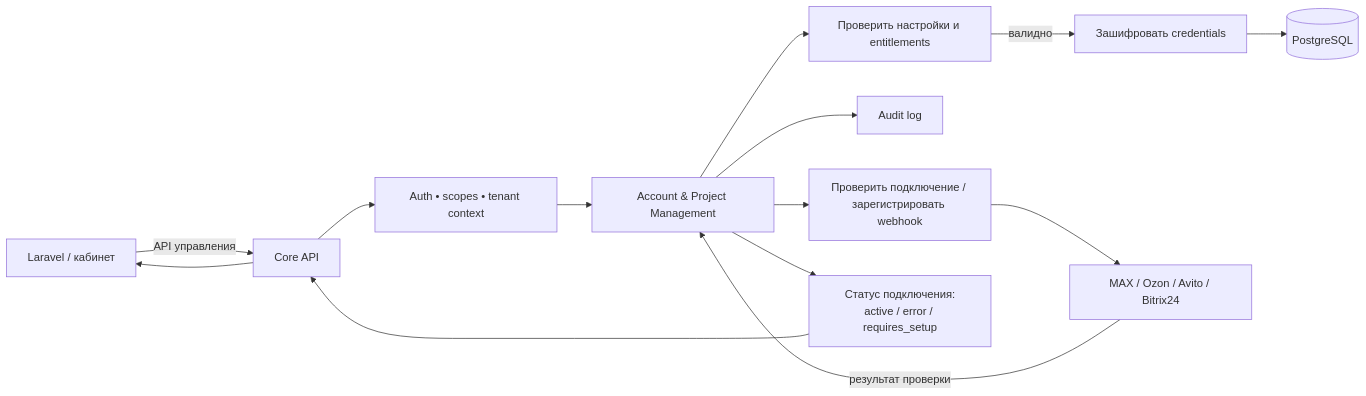
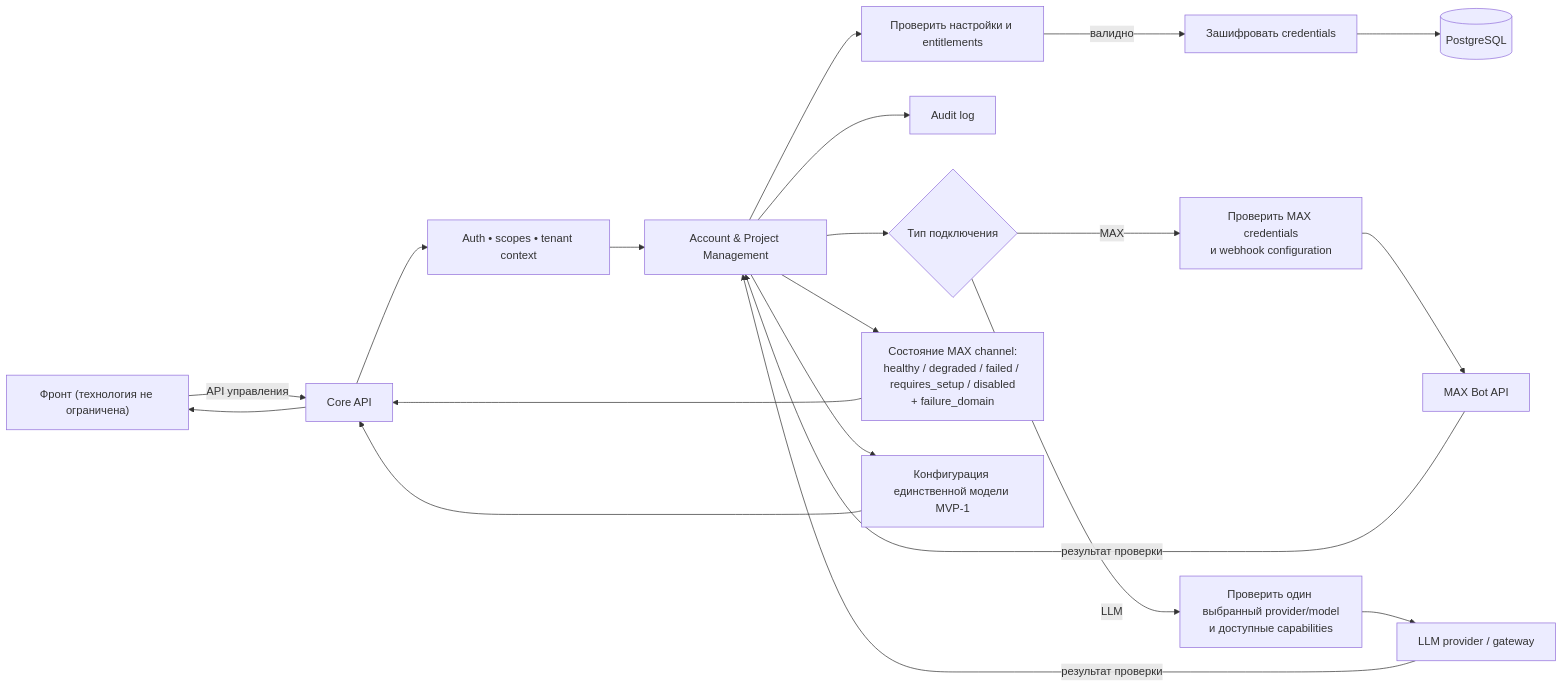
Before and after one commit to Maskit26/ai_manager: the fifth of 6 diagrams in docs/SERVICE_BLOCK_DIAGRAM.md, drawn with Mermaid. The commit also changed other lines of this file and 3 other files, not shown here.

````diff
--- a/docs/SERVICE_BLOCK_DIAGRAM.md
+++ b/docs/SERVICE_BLOCK_DIAGRAM.md
@@ -265,16 +272,22 @@
 ```mermaid
 flowchart LR
-    Admin["Laravel / кабинет"] -->|API управления| API["Core API"]
+    Front["Фронт (технология не ограничена)"] -->|API управления| API["Core API"]
     API --> Auth["Auth • scopes • tenant context"]
     Auth --> Config["Account & Project Management"]
     Config --> Validate["Проверить настройки и entitlements"]
     Validate -->|валидно| Secrets["Зашифровать credentials"]
     Secrets --> PG[("PostgreSQL")]
     Config --> Audit["Audit log"]
-    Config --> Test["Проверить подключение / зарегистрировать webhook"]
-    Test --> Provider["MAX / Ozon / Avito / Bitrix24"]
-    Provider -->|результат проверки| Config
-    Config --> Status["Статус подключения:<br/>active / error / requires_setup"]
+    Config --> Choice{"Тип подключения"}
+    Choice -->|MAX| MaxCheck["Проверить MAX credentials<br/>и webhook configuration"]
+    MaxCheck --> MAX["MAX Bot API"]
+    MAX -->|результат проверки| Config
+    Choice -->|LLM| LLMCheck["Проверить один выбранный provider/model<br/>и доступные capabilities"]
+    LLMCheck --> LLM["LLM provider / gateway"]
+    LLM -->|результат проверки| Config
+    Config --> Status["Состояние MAX channel:<br/>healthy / degraded / failed / requires_setup / disabled<br/>+ failure_domain"]
+    Config --> Model["Конфигурация единственной модели MVP-1"]
     Status --> API
-    API --> Admin
+    Model --> API
+    API --> Front
 ```
````
